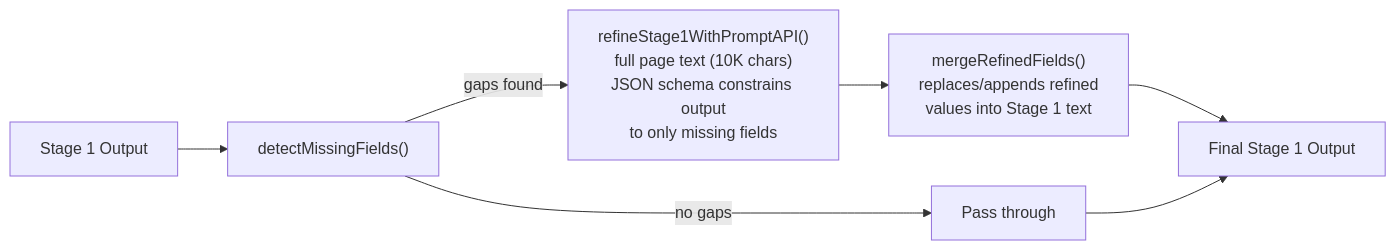
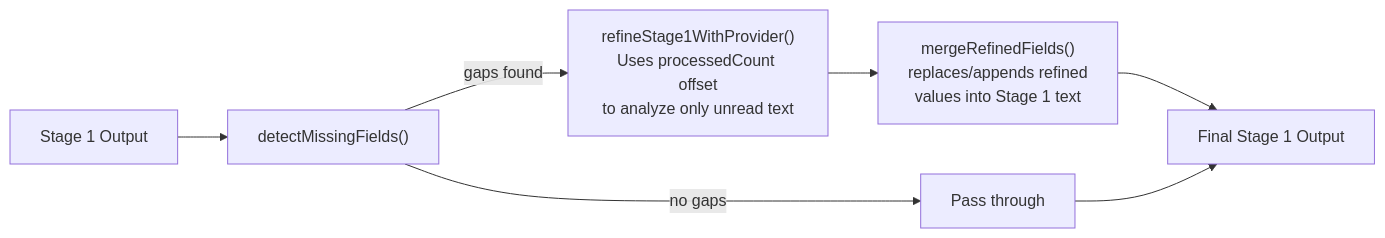
The second of 3 diagrams in docs/architecture.md (hellosaumil/JobPostHighlightsExtension), drawn with Mermaid before and after one commit. The commit also changed other lines of this file and 15 other files, not shown here.

````diff
--- a/docs/architecture.md
+++ b/docs/architecture.md
@@ -67,9 +71,9 @@
 ```mermaid
 flowchart LR
     A["Stage 1 Output"] --> B["detectMissingFields()"]
-    B -->|"gaps found"| C["refineStage1WithPromptAPI()\nfull page text (10K chars)\nJSON schema constrains output\nto only missing fields"]
+    B -->|"gaps found"| C["refineStage1WithProvider()\nUses processedCount offset\nto analyze only unread text"]
     C --> D["mergeRefinedFields()\nreplaces/appends refined\nvalues into Stage 1 text"]
     B -->|"no gaps"| E["Pass through"]
     D --> F["Final Stage 1 Output"]
     E --> F
 ```
````
